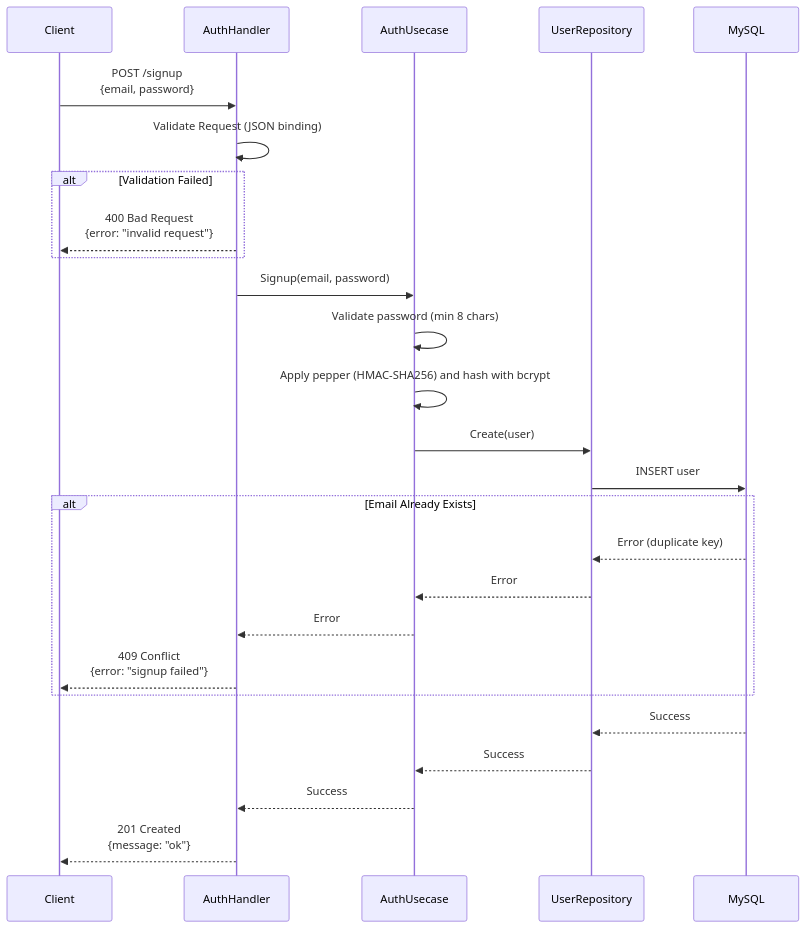
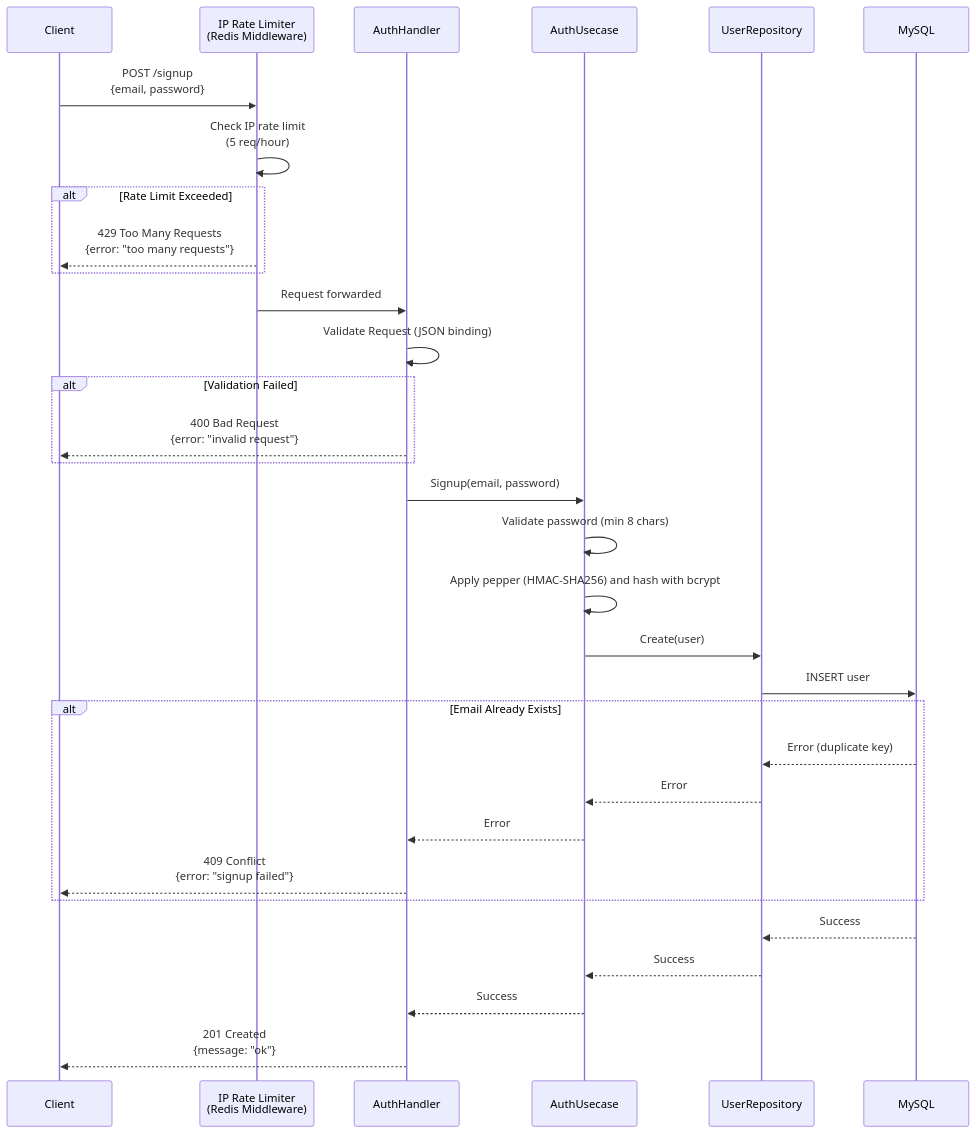
The first of 3 diagrams in internal/feature/auth/README.md (UCHIDAnobuhiro/stock_backend), drawn with Mermaid before and after one commit. The commit also changed other lines of this file and 9 other files, not shown here.

````diff
--- a/internal/feature/auth/README.md
+++ b/internal/feature/auth/README.md
@@ -18,33 +19,41 @@
 ```mermaid
 sequenceDiagram
     participant Client
+    participant RateLimit as IP Rate Limiter<br/>(Redis Middleware)
     participant Handler as AuthHandler
     participant Usecase as AuthUsecase
     participant Repository as UserRepository
     participant DB as MySQL
 
-    Client->>Handler: POST /signup<br/>{email, password}
+    Client->>RateLimit: POST /signup<br/>{email, password}
+    RateLimit->>RateLimit: Check IP rate limit<br/>(5 req/hour)
+
+    alt Rate Limit Exceeded
+        RateLimit-->>Client: 429 Too Many Requests<br/>{error: "too many requests"}
+    end
+
+    RateLimit->>Handler: Request forwarded
     Handler->>Handler: Validate Request (JSON binding)
 
     alt Validation Failed
         Handler-->>Client: 400 Bad Request<br/>{error: "invalid request"}
     end
 
     Handler->>Usecase: Signup(email, password)
     Usecase->>Usecase: Validate password (min 8 chars)
     Usecase->>Usecase: Apply pepper (HMAC-SHA256) and hash with bcrypt
     Usecase->>Repository: Create(user)
     Repository->>DB: INSERT user
 
     alt Email Already Exists
         DB-->>Repository: Error (duplicate key)
         Repository-->>Usecase: Error
         Usecase-->>Handler: Error
         Handler-->>Client: 409 Conflict<br/>{error: "signup failed"}
     end
 
     DB-->>Repository: Success
     Repository-->>Usecase: Success
     Usecase-->>Handler: Success
     Handler-->>Client: 201 Created<br/>{message: "ok"}
 ```
````
